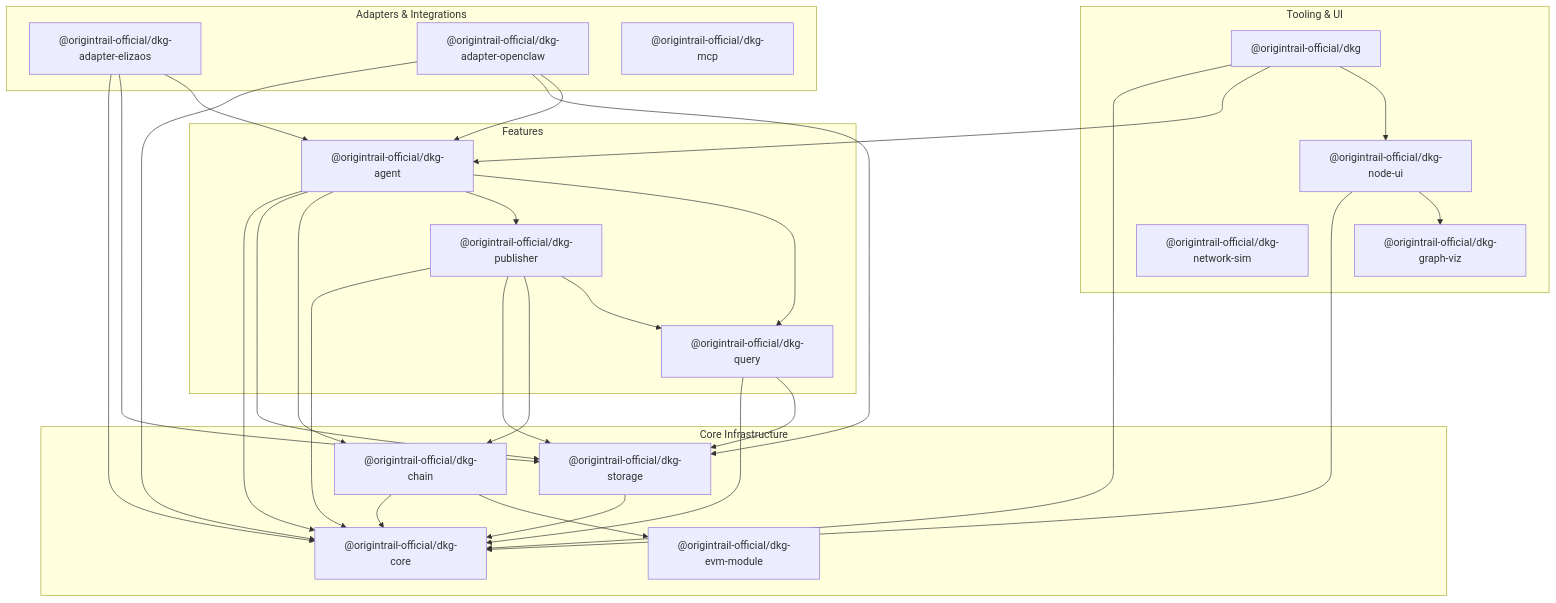
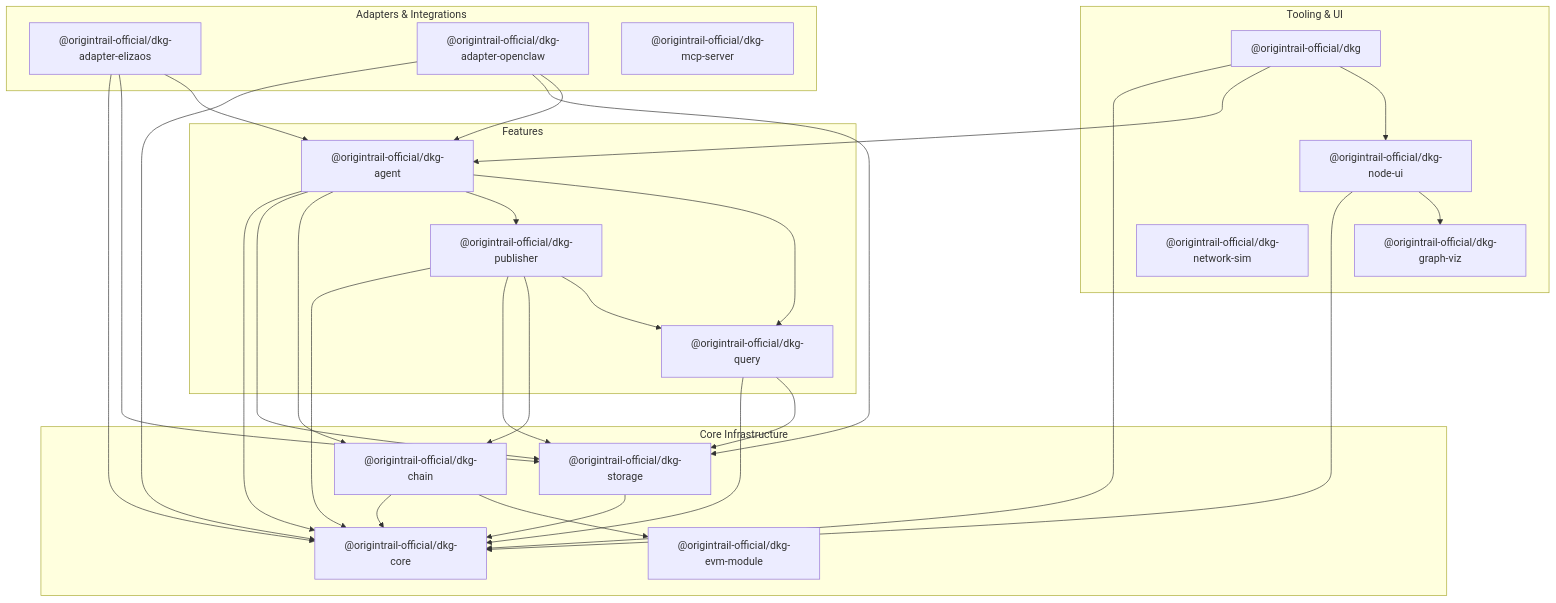
The diagram in docs/onboarding/04-package-map.md (KilianTrunk/dkg), drawn with Mermaid before and after one commit. The commit also changed other lines of this file and 9 other files, not shown here.

````diff
--- a/docs/onboarding/04-package-map.md
+++ b/docs/onboarding/04-package-map.md
@@ -32,61 +32,61 @@
 ```mermaid
 graph TD
     subgraph "Core Infrastructure"
         core["@origintrail-official/dkg-core"]
         storage["@origintrail-official/dkg-storage"]
         chain["@origintrail-official/dkg-chain"]
         evm["@origintrail-official/dkg-evm-module"]
     end
 
     subgraph "Features"
         query["@origintrail-official/dkg-query"]
         publisher["@origintrail-official/dkg-publisher"]
         agent["@origintrail-official/dkg-agent"]
     end
 
     subgraph "Adapters & Integrations"
         elizaos["@origintrail-official/dkg-adapter-elizaos"]
         openclaw["@origintrail-official/dkg-adapter-openclaw"]
-        mcp["@origintrail-official/dkg-mcp"]
+        mcp["@origintrail-official/dkg-mcp-server"]
     end
 
     subgraph "Tooling & UI"
         cli["@origintrail-official/dkg"]
         nodeui["@origintrail-official/dkg-node-ui"]
         graphviz["@origintrail-official/dkg-graph-viz"]
         netsim["@origintrail-official/dkg-network-sim"]
     end
 
     %% Core Infrastructure deps
     storage --> core
     chain --> core
     chain --> evm
 
     %% Features deps
     query --> core
     query --> storage
     publisher --> core
     publisher --> storage
     publisher --> chain
     publisher --> query
     agent --> core
     agent --> storage
     agent --> chain
     agent --> publisher
     agent --> query
 
     %% Adapters deps
     elizaos --> core
     elizaos --> storage
     elizaos --> agent
     openclaw --> core
     openclaw --> storage
     openclaw --> agent
 
     %% Tooling deps
     cli --> core
     cli --> agent
     cli --> nodeui
     nodeui --> core
     nodeui --> graphviz
 ```
````
